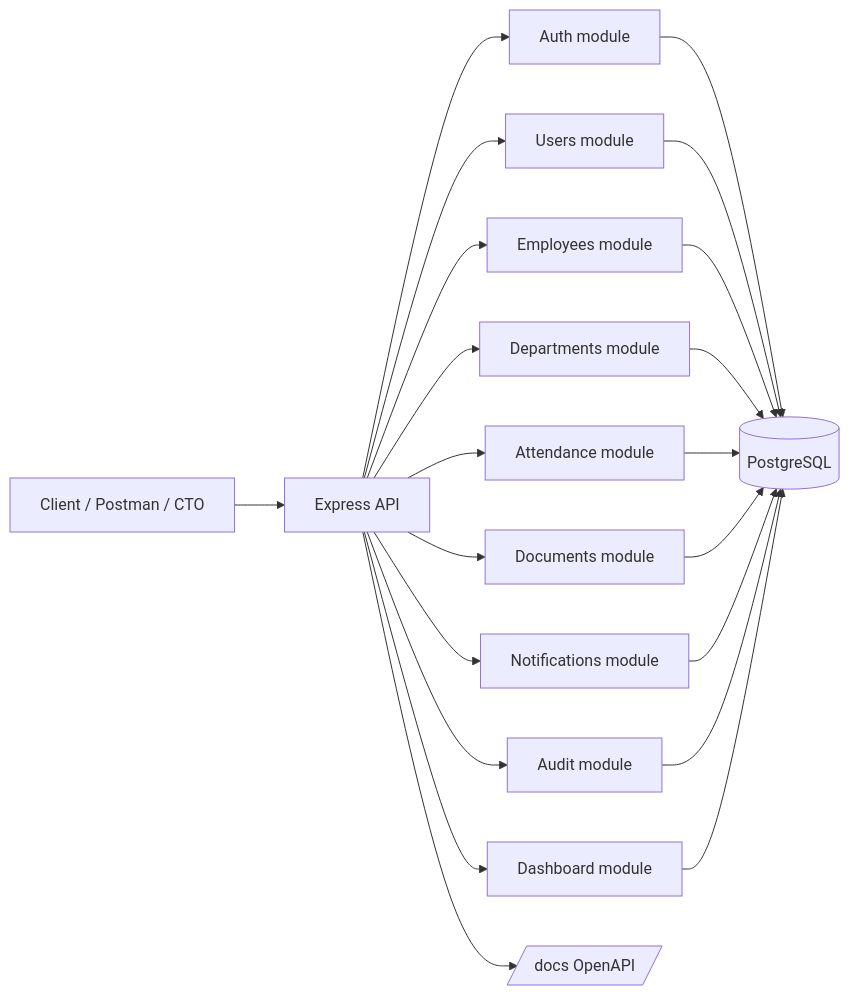
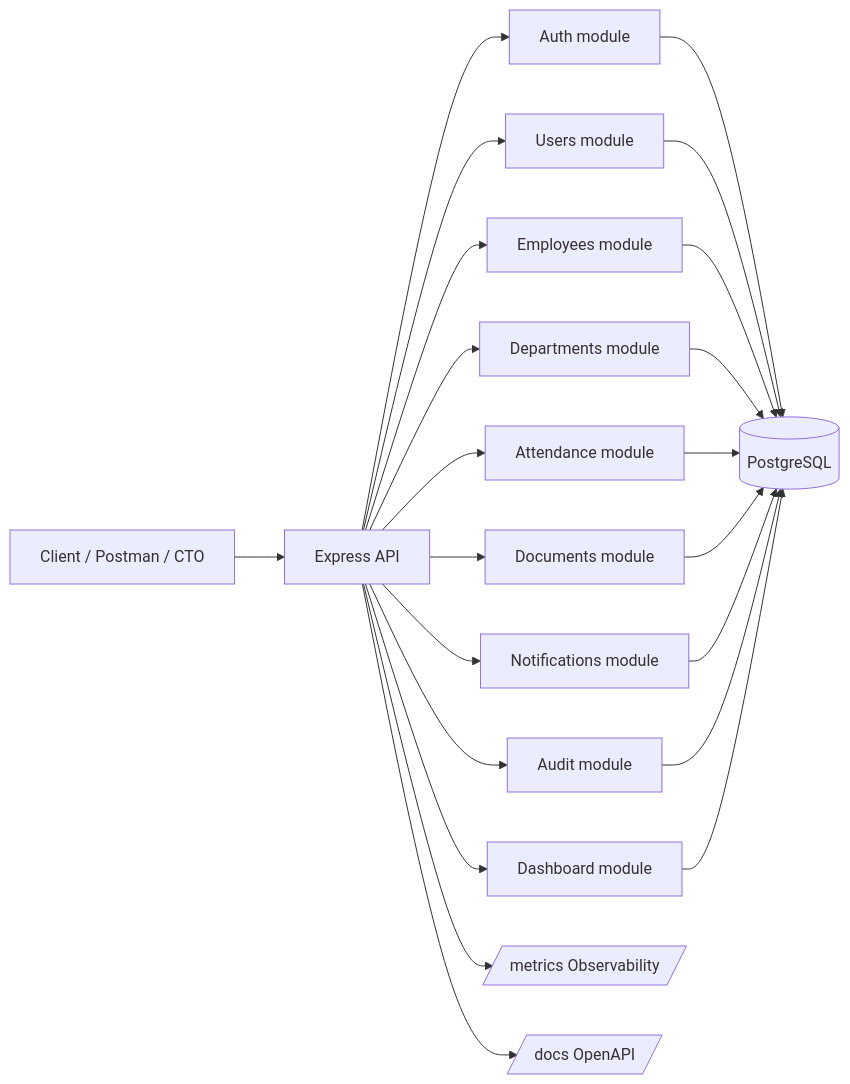
The diagram in README.md (jupi-z/Arkena-Core), drawn with Mermaid before and after one commit. The commit also changed other lines of this file and 13 other files, not shown here.

````diff
--- a/README.md
+++ b/README.md
@@ -38,23 +39,24 @@
 ```mermaid
 flowchart LR
   Client[Client / Postman / CTO] --> API[Express API]
   API --> Auth[Auth module]
   API --> Users[Users module]
   API --> Employees[Employees module]
   API --> Departments[Departments module]
   API --> Attendance[Attendance module]
   API --> Documents[Documents module]
   API --> Notifications[Notifications module]
   API --> Audit[Audit module]
   API --> Dashboard[Dashboard module]
+  API --> Metrics[/metrics Observability/]
   Auth --> DB[(PostgreSQL)]
   Users --> DB
   Employees --> DB
   Departments --> DB
   Attendance --> DB
   Documents --> DB
   Notifications --> DB
   Audit --> DB
   Dashboard --> DB
   API --> Docs[/docs OpenAPI/]
 ```
````
